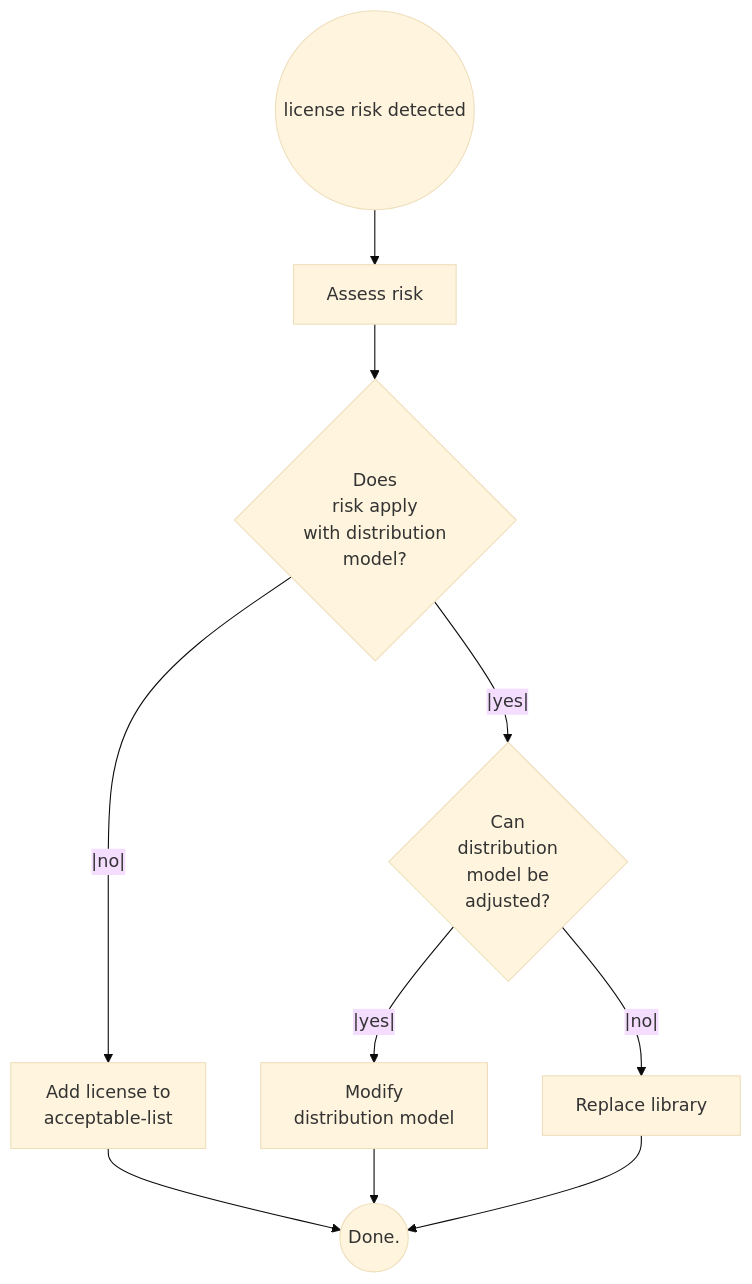
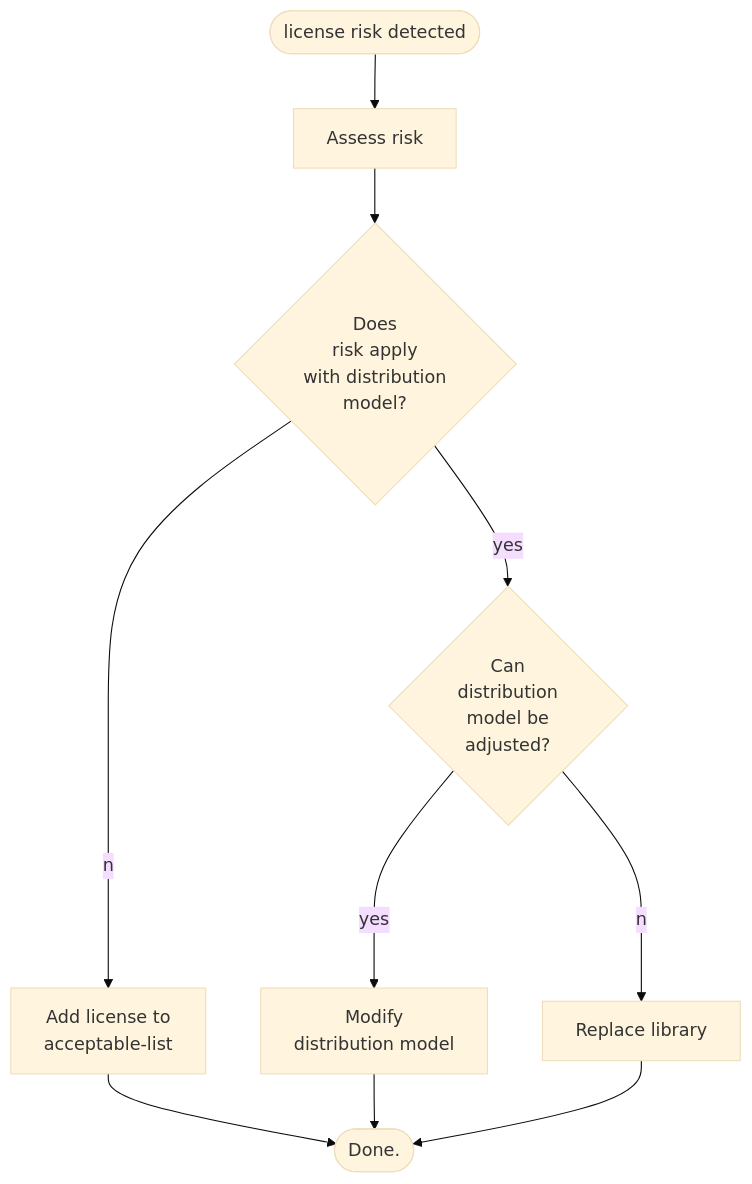
Before and after one commit to Software-Improvement-Group/sigridci: the diagram in docs/workflows/best-practices-osh.md, drawn with Mermaid (base theme).

Commit message:
last tweaks

````diff
--- a/docs/workflows/best-practices-osh.md
+++ b/docs/workflows/best-practices-osh.md
@@ -270,9 +270,9 @@
 ```mermaid
 graph TD; 
-    Start((license risk detected)) --> A[Assess risk];
+    Start([license risk detected]) --> A[Assess risk];
     A --> D{"Does\n risk apply\n with distribution\n model?"};
-    D --|yes|--> D_yes{"Can\n distribution\n model be\n adjusted?"};
-    D --|no|--> D_no["Add license to\n acceptable-list"] --> E(("Done."));
-    D_yes --|yes|--> M[Modify\n distribution model] --> E;
-    D_yes --|no|--> R[Replace library] --> E;
+    D --yes--> D_yes{"Can\n distribution\n model be\n adjusted?"};
+    D --no--> D_no["Add license to\n acceptable-list"] --> E(["Done."]);
+    D_yes --yes--> M[Modify\n distribution model] --> E;
+    D_yes --no--> R[Replace library] --> E;
 ```
````
